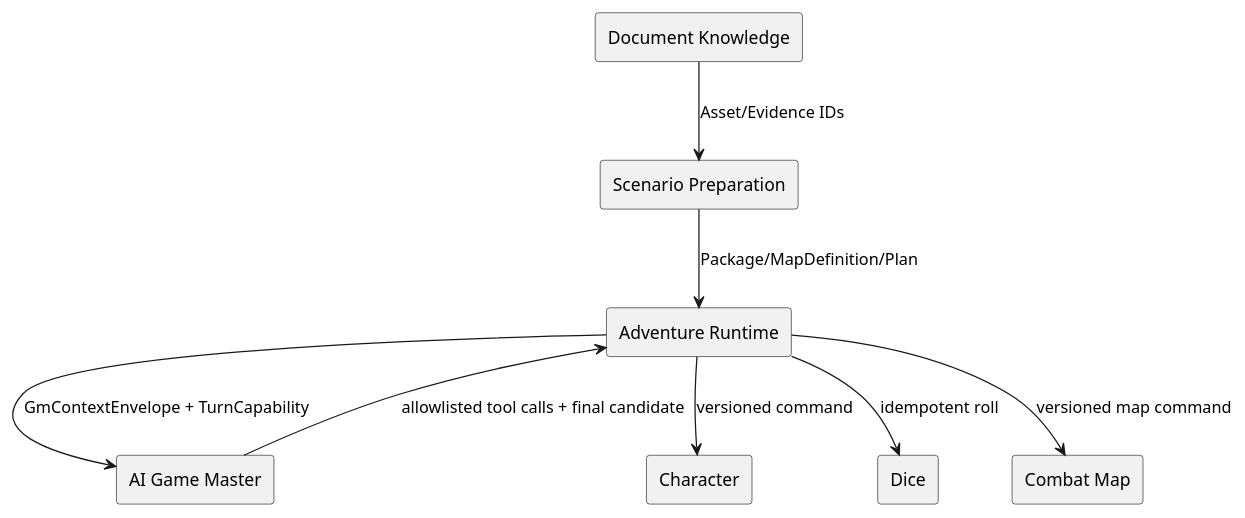
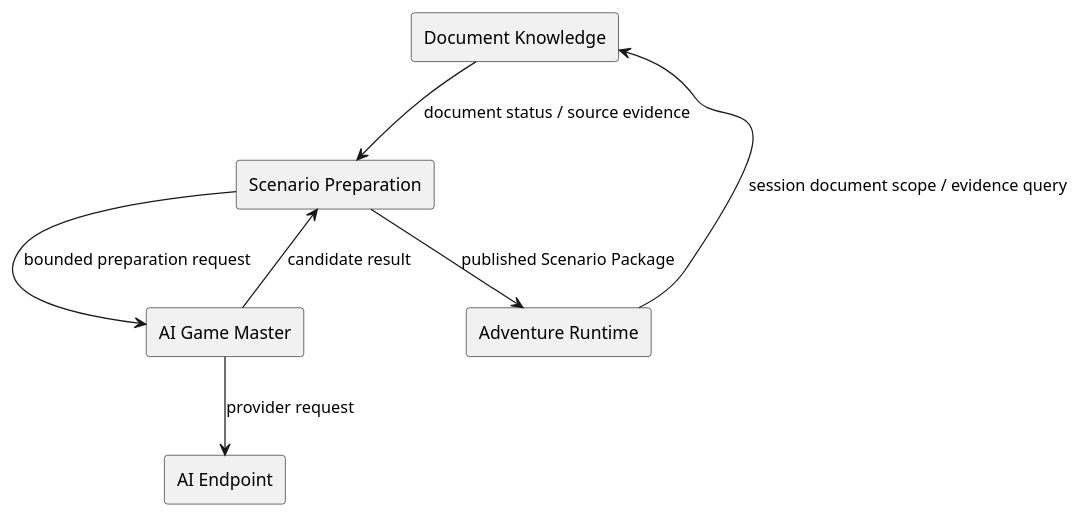
One commit to omegafrog/dnd-master changed the second of 3 diagrams in docs/specs/architecture-spec.md. Above: the diagram before and after it, drawn with PlantUML. The commit also changed other lines of this file and 93 other files, not shown here.

````diff
--- a/docs/specs/architecture-spec.md
+++ b/docs/specs/architecture-spec.md
@@ -162,18 +139,16 @@
 ```plantuml
 @startuml
-rectangle "Document Knowledge" as DK
-rectangle "Scenario Preparation" as SP
-rectangle "Adventure Runtime" as AR
-rectangle "AI Game Master" as GM
-rectangle "Character" as CH
-rectangle "Dice" as DI
-rectangle "Combat Map" as CM
-DK --> SP : Asset/Evidence IDs
-SP --> AR : Package/MapDefinition/Plan
-AR --> GM : GmContextEnvelope + TurnCapability
-GM --> AR : allowlisted tool calls + final candidate
-AR --> CH : versioned command
-AR --> DI : idempotent roll
-AR --> CM : versioned map command
+rectangle "Document Knowledge" as knowledge
+rectangle "Scenario Preparation" as preparation
+rectangle "Adventure Runtime" as runtime
+rectangle "AI Game Master" as gm
+rectangle "AI Endpoint" as endpoint
+
+knowledge --> preparation : document status / source evidence
+preparation --> runtime : published Scenario Package
+preparation --> gm : bounded preparation request
+gm --> preparation : candidate result
+runtime --> knowledge : session document scope / evidence query
+gm --> endpoint : provider request
 @enduml
 ```
````
